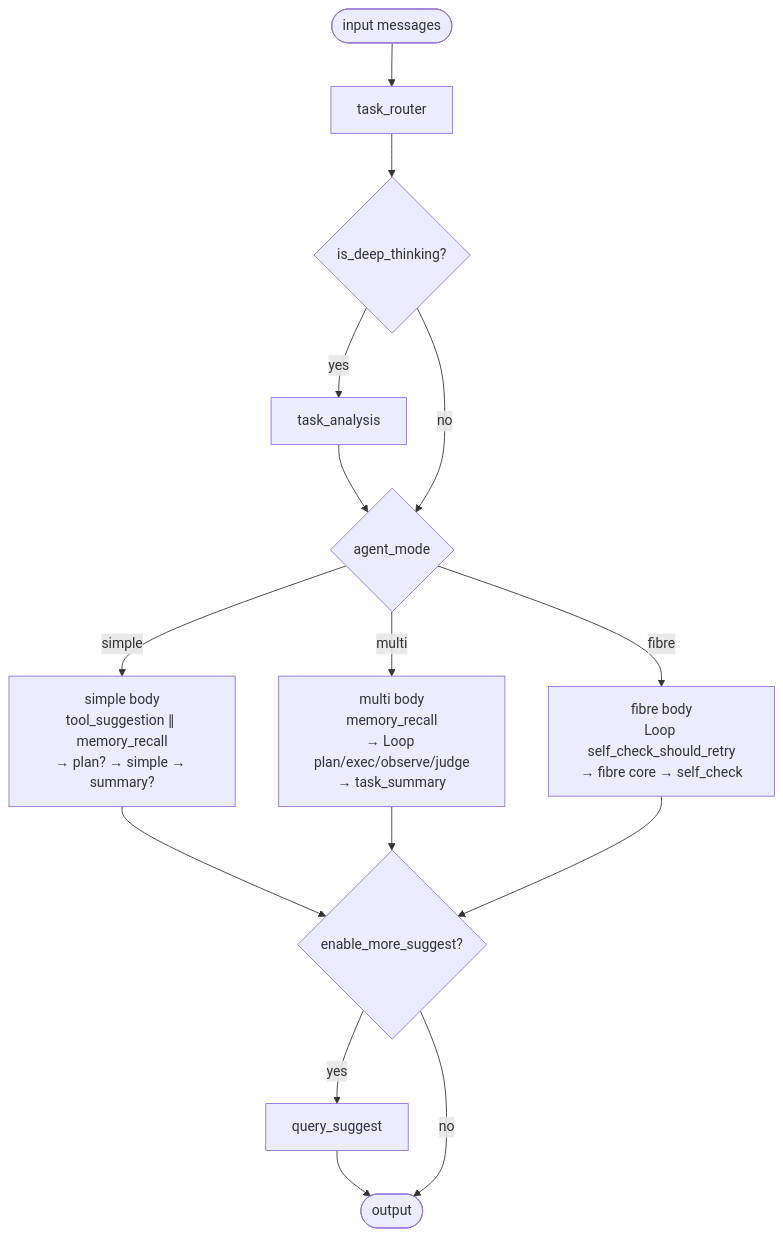
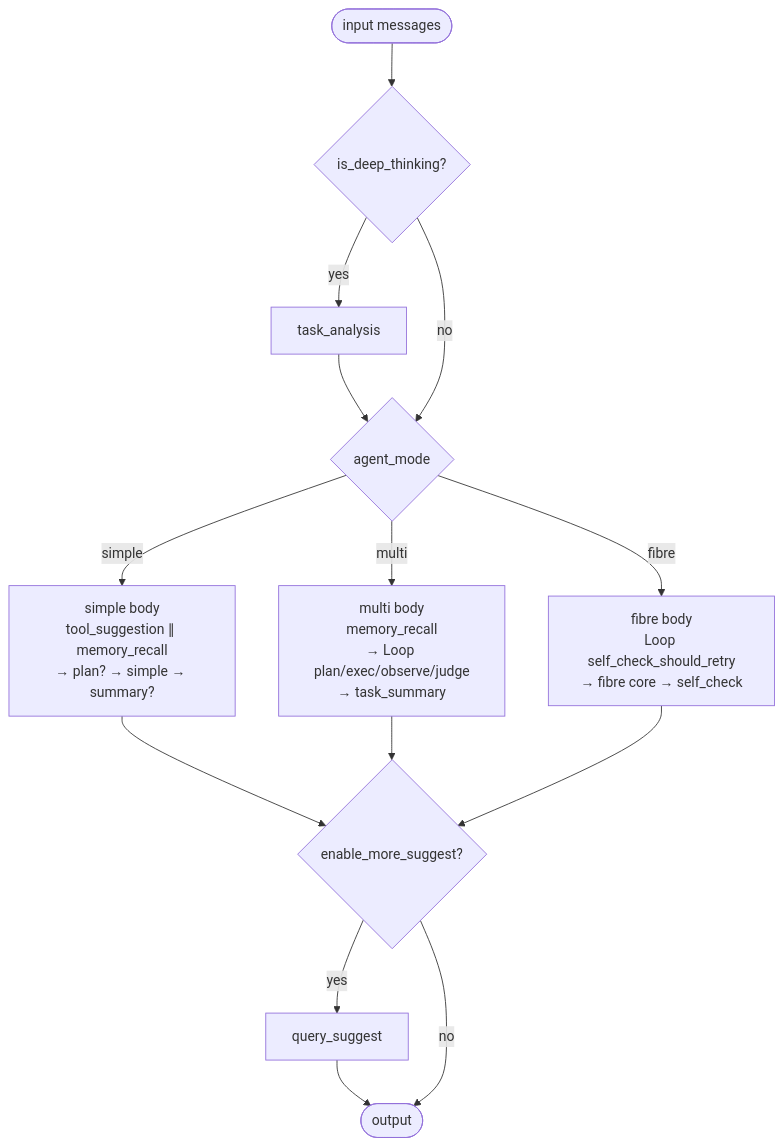
The fifth of 7 diagrams in docs/en/architecture/ARCHITECTURE_SAGENTS_OVERVIEW.md (ZHangZHengEric/Sage), drawn with Mermaid before and after one commit. The commit also changed other lines of this file and 37 other files, not shown here.

First line of the commit message:
Remove task router; refactor plan agent; add lint tool and structured tool errors

````diff
--- a/docs/en/architecture/ARCHITECTURE_SAGENTS_OVERVIEW.md
+++ b/docs/en/architecture/ARCHITECTURE_SAGENTS_OVERVIEW.md
@@ -153,17 +153,16 @@
 ```mermaid
 flowchart TB
-    Start([input messages]) --> Router[task_router]
-    Router --> DT{is_deep_thinking?}
+    Start([input messages]) --> DT{is_deep_thinking?}
     DT -->|yes| Analysis[task_analysis] --> Sw
     DT -->|no| Sw
     Sw{agent_mode}
     Sw -->|simple| Simple[simple body<br/>tool_suggestion ∥ memory_recall<br/>→ plan? → simple → summary?]
     Sw -->|multi| Multi[multi body<br/>memory_recall<br/>→ Loop plan/exec/observe/judge<br/>→ task_summary]
     Sw -->|fibre| Fibre[fibre body<br/>Loop self_check_should_retry<br/>→ fibre core → self_check]
     Simple --> More
     Multi --> More
     Fibre --> More
     More{enable_more_suggest?}
     More -->|yes| Sug[query_suggest] --> End([output])
     More -->|no| End
 ```
````
